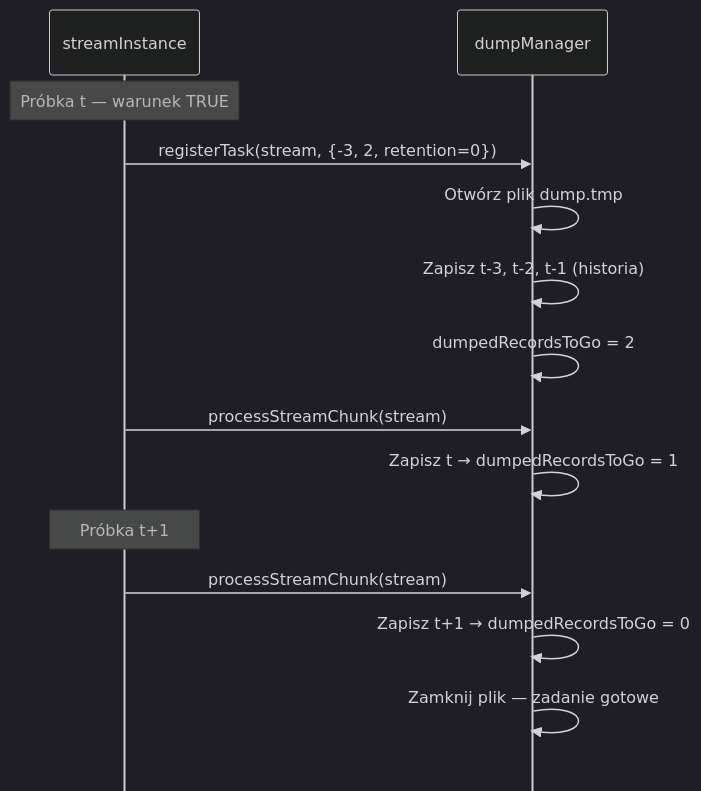
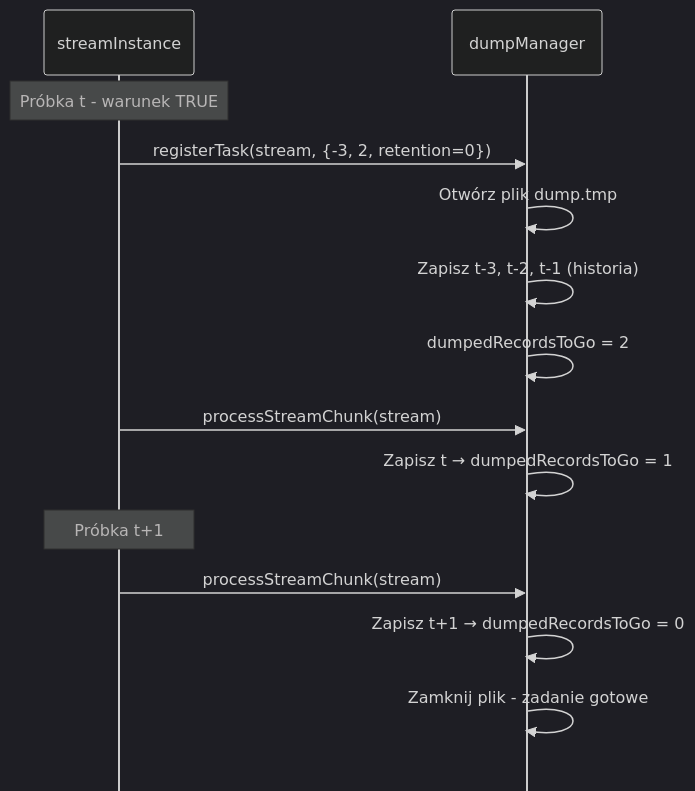
Before and after one commit to michalwidera/dokumentacja-rdb: the third of 4 diagrams in realizacja-zapytan/realizacja-alarowania.md, drawn with Mermaid (dark theme). The commit also changed other lines of this file and 61 other files, not shown here.

````diff
--- a/realizacja-zapytan/realizacja-alarowania.md
+++ b/realizacja-zapytan/realizacja-alarowania.md
@@ -110,21 +110,21 @@
 ```mermaid
 %% pdf-width: 85%
 %% pdf-height: 55%
 %%{init: {"markdownAutoWrap": false, "sequence": {"mirrorActors": false, "messageMargin": 22, "boxMargin": 6}}}%%
 sequenceDiagram
     participant SI as streamInstance
     participant DM as dumpManager
 
-    note over SI: Próbka t — warunek TRUE
+    note over SI: Próbka t - warunek TRUE
     SI->>DM: registerTask(stream, {-3, 2, retention=0})
     DM->>DM: Otwórz plik dump.tmp
     DM->>DM: Zapisz t-3, t-2, t-1 (historia)
     DM->>DM: dumpedRecordsToGo = 2
     SI->>DM: processStreamChunk(stream)
     DM->>DM: Zapisz t → dumpedRecordsToGo = 1
 
     note over SI: Próbka t+1
     SI->>DM: processStreamChunk(stream)
     DM->>DM: Zapisz t+1 → dumpedRecordsToGo = 0
-    DM->>DM: Zamknij plik — zadanie gotowe
+    DM->>DM: Zamknij plik - zadanie gotowe
 ```
````
